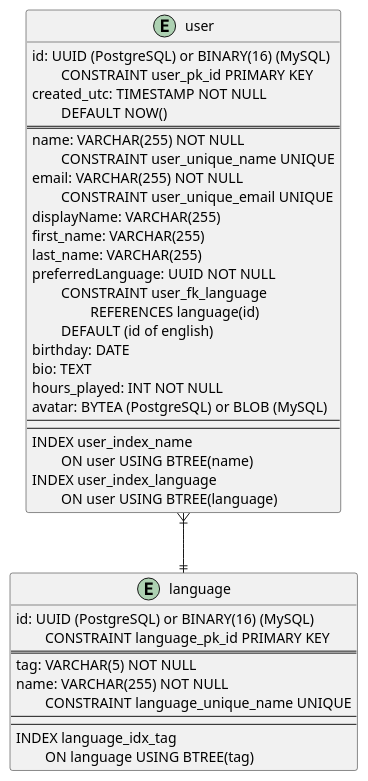
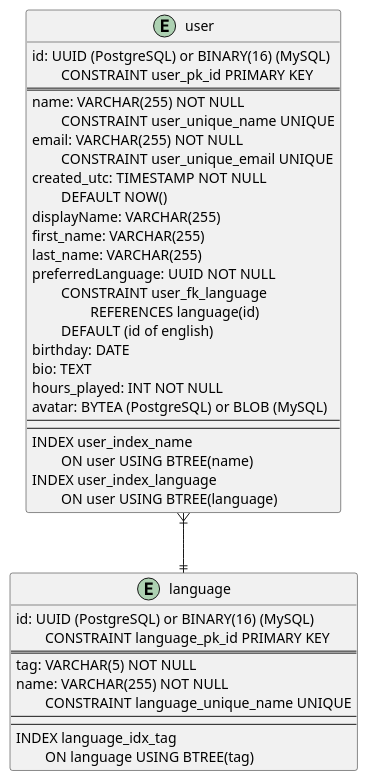
The diagram in doc/datamodel/ERD.puml (turing85/untitled-rpg-webapp), drawn with PlantUML before and after one commit.

Commit message:
[#RPG-1 data model documentation]:
- Re-ordered attributes, removed unnecessary divider

```diff
--- a/doc/datamodel/ERD.puml
+++ b/doc/datamodel/ERD.puml
@@ -1,47 +1,47 @@
 @startuml
 
 entity user {
     id: UUID (PostgreSQL) or BINARY(16) (MySQL)
     \tCONSTRAINT user_pk_id PRIMARY KEY
-    created_utc: TIMESTAMP NOT NULL
-    \tDEFAULT NOW()
-    ==
+    ===
     name: VARCHAR(255) NOT NULL
     \tCONSTRAINT user_unique_name UNIQUE
     email: VARCHAR(255) NOT NULL
     \tCONSTRAINT user_unique_email UNIQUE
+    created_utc: TIMESTAMP NOT NULL
+    \tDEFAULT NOW()
     displayName: VARCHAR(255)
     first_name: VARCHAR(255)
     last_name: VARCHAR(255)
     preferredLanguage: UUID NOT NULL
     \tCONSTRAINT user_fk_language
     \t\tREFERENCES language(id)
     \tDEFAULT (id of english)
     birthday: DATE
     bio: TEXT
     hours_played: INT NOT NULL
     avatar: BYTEA (PostgreSQL) or BLOB (MySQL)
     ---
     ---
     INDEX user_index_name
     \tON user USING BTREE(name)
     INDEX user_index_language
     \tON user USING BTREE(language)
 }
 
 entity language {
     id: UUID (PostgreSQL) or BINARY(16) (MySQL)
     \tCONSTRAINT language_pk_id PRIMARY KEY
     ==
     tag: VARCHAR(5) NOT NULL
     name: VARCHAR(255) NOT NULL
     \tCONSTRAINT language_unique_name UNIQUE
     ---
     ---
     INDEX language_idx_tag
     \tON language USING BTREE(tag)
 }
 
 user }|--|| language
 
 @enduml
```
